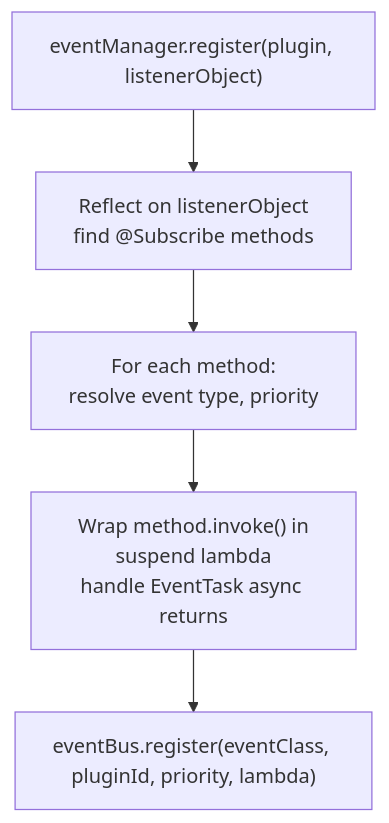
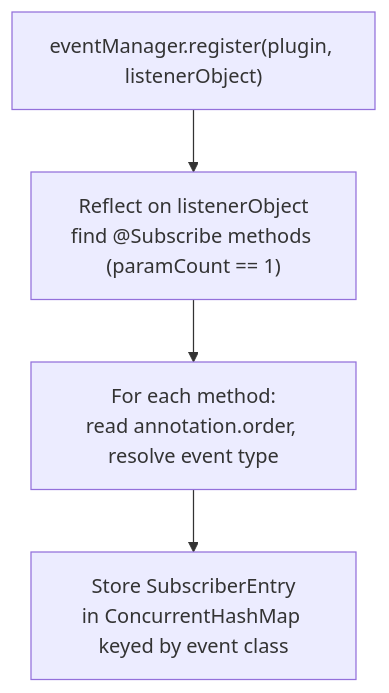
The third of 6 diagrams in docs/plugin-api/velocity-compat.rst (Earth1283/Vector), drawn with Mermaid before and after one commit. The commit also changed other lines of this file and 2 other files, not shown here.

First line of the commit message:
docs: update docs to reflect parts 7.6 and 7.7

```diff
--- a/docs/plugin-api/velocity-compat.rst
+++ b/docs/plugin-api/velocity-compat.rst
@@ -139,10 +157,9 @@
 .. mermaid::
 
    flowchart TD
        Register["eventManager.register(plugin, listenerObject)"]
-       Scan["Reflect on listenerObject\nfind @Subscribe methods"]
-       ForEach["For each method:\nresolve event type, priority"]
-       Wrap["Wrap method.invoke() in\nsuspend lambda\nhandle EventTask async returns"]
-       RegEB["eventBus.register(eventClass, pluginId, priority, lambda)"]
+       Scan["Reflect on listenerObject\nfind @Subscribe methods (paramCount == 1)"]
+       ForEach["For each method:\nread annotation.order, resolve event type"]
+       Store["Store SubscriberEntry\nin ConcurrentHashMap keyed by event class"]
 
-       Register --> Scan --> ForEach --> Wrap --> RegEB
+       Register --> Scan --> ForEach --> Store
```
